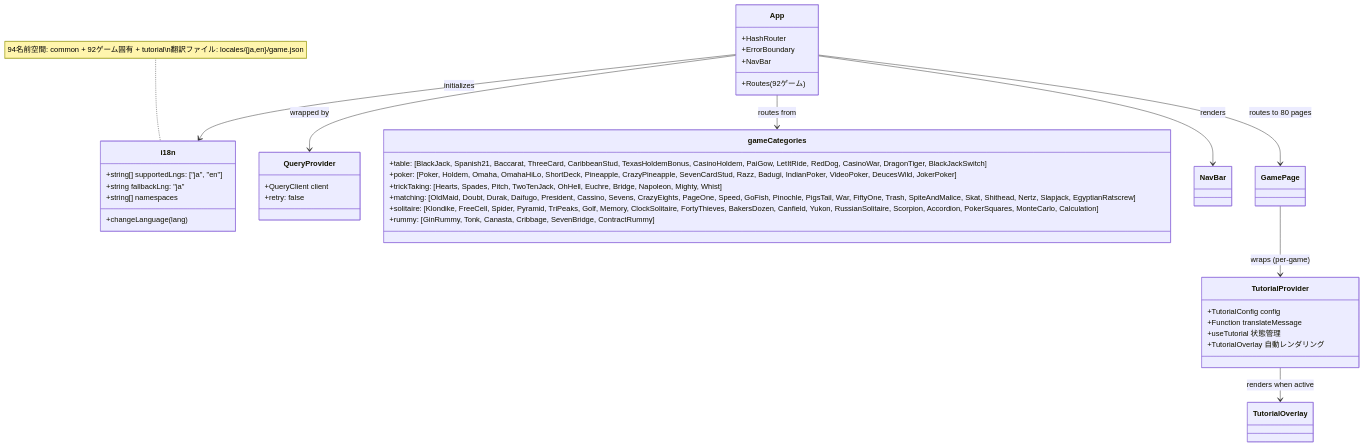
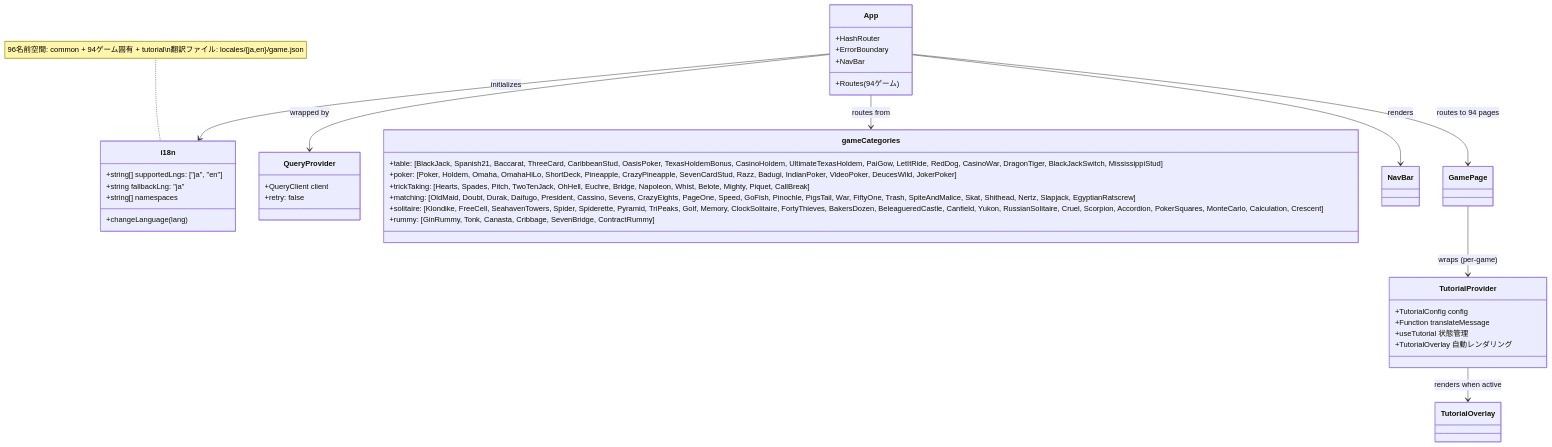
The ninth of 42 diagrams in docs/design/frontend.md (yuta-yoshinaga/go_trumpcards), drawn with Mermaid before and after one commit. The commit also changed other lines of this file and 5 other files, not shown here.

````diff
--- a/docs/design/frontend.md
+++ b/docs/design/frontend.md
@@ -1912,47 +1912,47 @@
 ```mermaid
 classDiagram
     class i18n {
         +string[] supportedLngs: ["ja", "en"]
         +string fallbackLng: "ja"
         +string[] namespaces
         +changeLanguage(lang)
     }
 
     class QueryProvider {
         +QueryClient client
         +retry: false
     }
 
     class App {
         +HashRouter
         +ErrorBoundary
         +NavBar
-        +Routes (92ゲーム)
+        +Routes (94ゲーム)
     }
 
     class gameCategories {
-        +table: [BlackJack, Spanish21, Baccarat, ThreeCard, CaribbeanStud, TexasHoldemBonus, CasinoHoldem, PaiGow, LetItRide, RedDog, CasinoWar, DragonTiger, BlackJackSwitch]
+        +table: [BlackJack, Spanish21, Baccarat, ThreeCard, CaribbeanStud, OasisPoker, TexasHoldemBonus, CasinoHoldem, UltimateTexasHoldem, PaiGow, LetItRide, RedDog, CasinoWar, DragonTiger, BlackJackSwitch, MississippiStud]
         +poker: [Poker, Holdem, Omaha, OmahaHiLo, ShortDeck, Pineapple, CrazyPineapple, SevenCardStud, Razz, Badugi, IndianPoker, VideoPoker, DeucesWild, JokerPoker]
-        +trickTaking: [Hearts, Spades, Pitch, TwoTenJack, OhHell, Euchre, Bridge, Napoleon, Mighty, Whist]
+        +trickTaking: [Hearts, Spades, Pitch, TwoTenJack, OhHell, Euchre, Bridge, Napoleon, Whist, Belote, Mighty, Piquet, CallBreak]
         +matching: [OldMaid, Doubt, Durak, Daifugo, President, Cassino, Sevens, CrazyEights, PageOne, Speed, GoFish, Pinochle, PigsTail, War, FiftyOne, Trash, SpiteAndMalice, Skat, Shithead, Nertz, Slapjack, EgyptianRatscrew]
-        +solitaire: [Klondike, FreeCell, Spider, Pyramid, TriPeaks, Golf, Memory, ClockSolitaire, FortyThieves, BakersDozen, Canfield, Yukon, RussianSolitaire, Scorpion, Accordion, PokerSquares, MonteCarlo, Calculation]
+        +solitaire: [Klondike, FreeCell, SeahavenTowers, Spider, Spiderette, Pyramid, TriPeaks, Golf, Memory, ClockSolitaire, FortyThieves, BakersDozen, BeleagueredCastle, Canfield, Yukon, RussianSolitaire, Cruel, Scorpion, Accordion, PokerSquares, MonteCarlo, Calculation, Crescent]
         +rummy: [GinRummy, Tonk, Canasta, Cribbage, SevenBridge, ContractRummy]
     }
 
     class TutorialProvider {
         +TutorialConfig config
         +Function translateMessage
         +useTutorial 状態管理
         +TutorialOverlay 自動レンダリング
     }
 
     App --> QueryProvider : wrapped by
     App --> i18n : initializes
     App --> gameCategories : routes from
     App --> NavBar : renders
-    App --> GamePage : routes to 80 pages
+    App --> GamePage : routes to 94 pages
     GamePage --> TutorialProvider : wraps (per-game)
     TutorialProvider --> TutorialOverlay : renders when active
 
-    note for i18n "94名前空間: common + 92ゲーム固有 + tutorial\n翻訳ファイル: locales/{ja,en}/game.json"
+    note for i18n "96名前空間: common + 94ゲーム固有 + tutorial\n翻訳ファイル: locales/{ja,en}/game.json"
 ```
````
